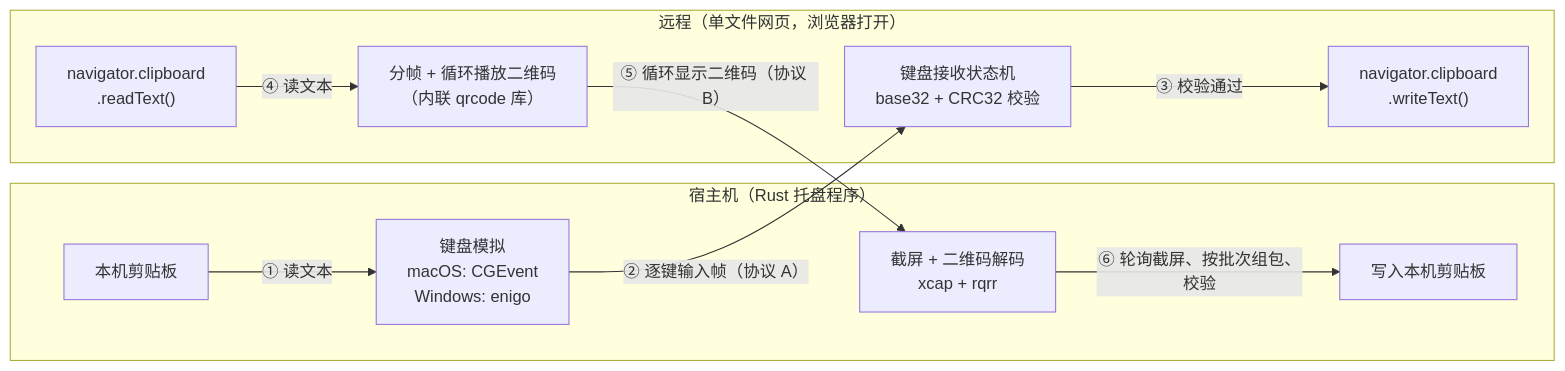
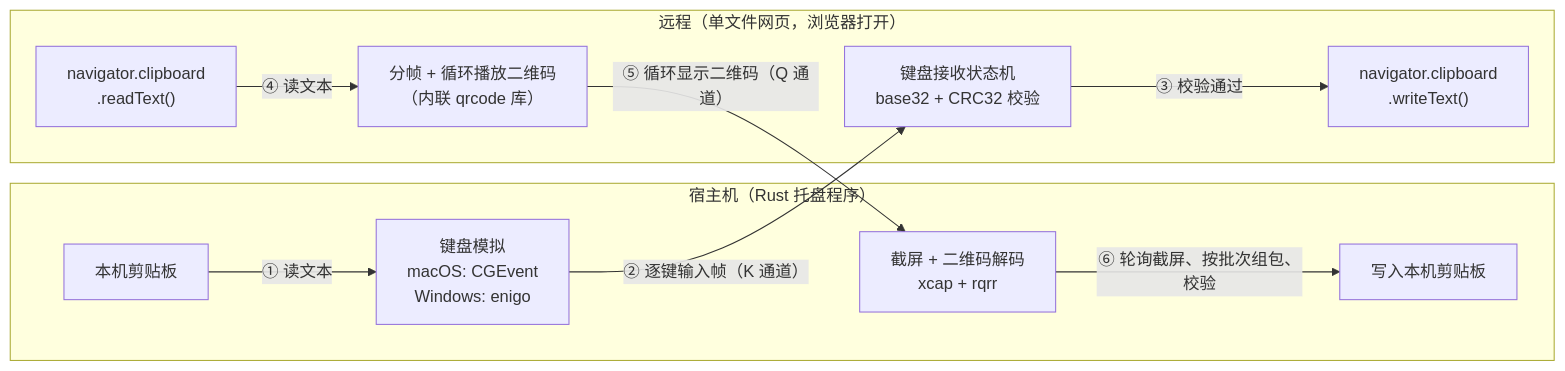
The first of 4 diagrams in README.md (qzsiniong/ClipBeam), drawn with Mermaid before and after one commit. The commit also changed other lines of this file and 42 other files, not shown here.

````diff
--- a/README.md
+++ b/README.md
@@ -35,24 +35,24 @@
 ```mermaid
 flowchart LR
     subgraph HOST["宿主机（Rust 托盘程序）"]
-        CB1["本机剪贴板"]
+        LOCAL_CLIP["本机剪贴板"]
         KB["键盘模拟<br/>macOS: CGEvent<br/>Windows: enigo"]
         CAP["截屏 + 二维码解码<br/>xcap + rqrr"]
         CB2["写入本机剪贴板"]
     end
 
     subgraph REMOTE["远程（单文件网页，浏览器打开）"]
         PAGE_IN["键盘接收状态机<br/>base32 + CRC32 校验"]
-        RCB1["navigator.clipboard<br/>.writeText()"]
-        RCB2["navigator.clipboard<br/>.readText()"]
+        REMOTE_WRITE["navigator.clipboard<br/>.writeText()"]
+        REMOTE_READ["navigator.clipboard<br/>.readText()"]
         QR["分帧 + 循环播放二维码<br/>（内联 qrcode 库）"]
     end
 
-    CB1 -->|"① 读文本"| KB
-    KB -->|"② 逐键输入帧（协议 A）"| PAGE_IN
-    PAGE_IN -->|"③ 校验通过"| RCB1
+    LOCAL_CLIP -->|"① 读文本"| KB
+    KB -->|"② 逐键输入帧（K 通道）"| PAGE_IN
+    PAGE_IN -->|"③ 校验通过"| REMOTE_WRITE
 
-    RCB2 -->|"④ 读文本"| QR
-    QR -->|"⑤ 循环显示二维码（协议 B）"| CAP
+    REMOTE_READ -->|"④ 读文本"| QR
+    QR -->|"⑤ 循环显示二维码（Q 通道）"| CAP
     CAP -->|"⑥ 轮询截屏、按批次组包、校验"| CB2
 ```
````
